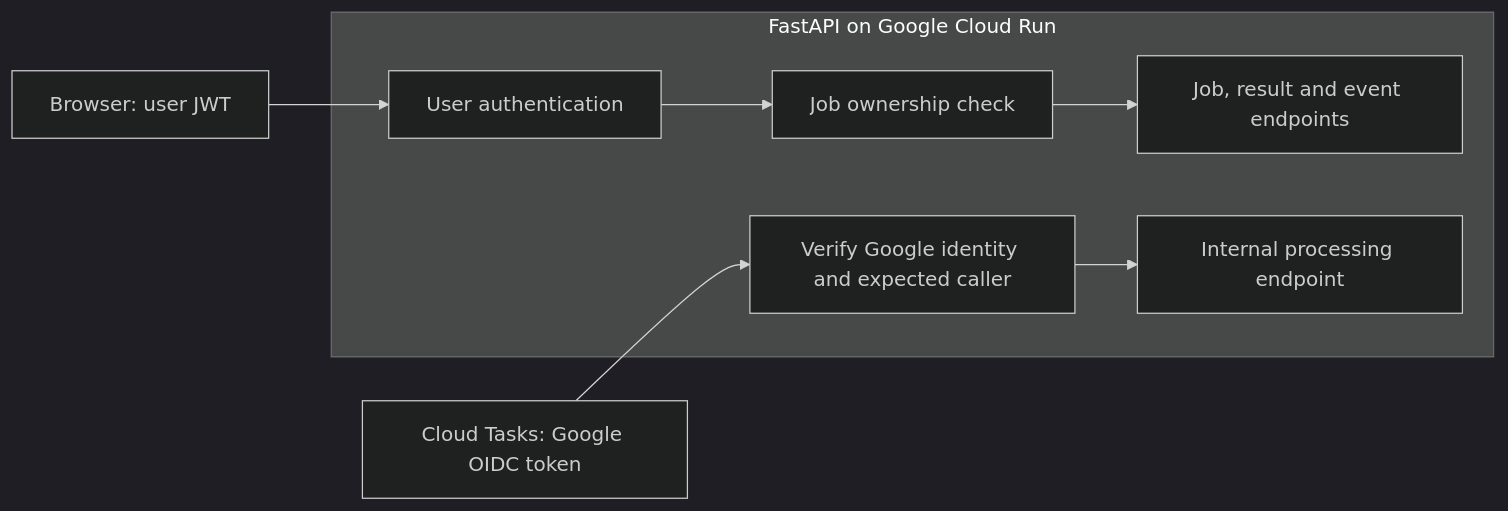
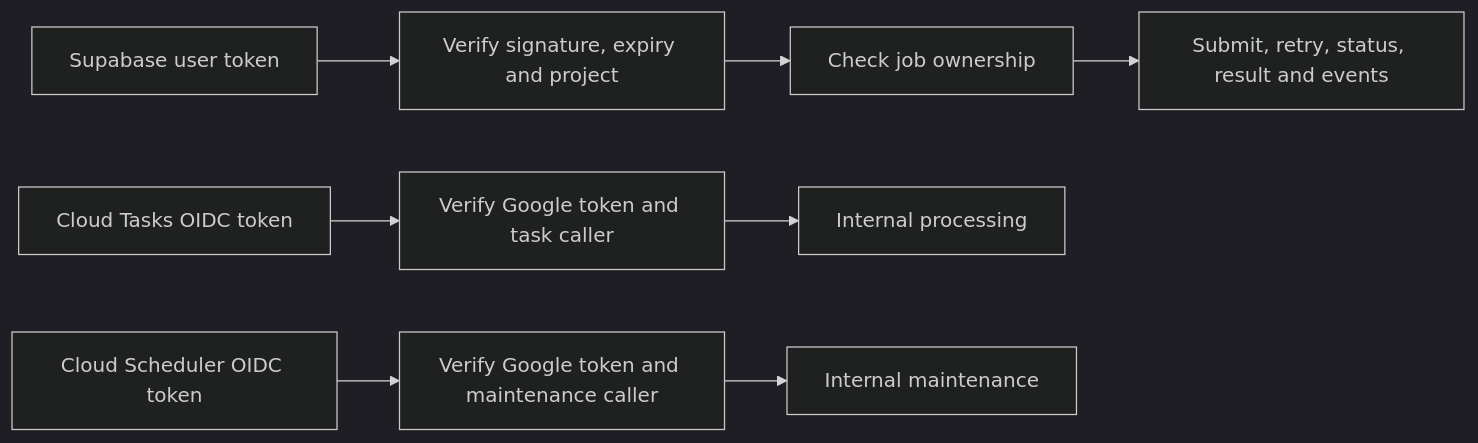
Before and after one commit to gabrr/agent-trx-classifier: the first of 2 diagrams in docs/trx-system-design/03-security-and-identity.md, drawn with Mermaid (dark theme). The commit also changed other lines of this file and 47 other files, not shown here.

First line of the commit message:
feat: integrate authenticated durable job processing

````diff
--- a/docs/trx-system-design/03-security-and-identity.md
+++ b/docs/trx-system-design/03-security-and-identity.md
@@ -9,15 +7,10 @@
 ```mermaid
 flowchart LR
-    U[Browser: user JWT] --> A[User authentication]
-    A --> O[Job ownership check]
-    O --> J[Job, result and event endpoints]
-    Q[Cloud Tasks: Google OIDC token] --> G[Verify Google identity and expected caller]
-    G --> H[Internal processing endpoint]
-    subgraph F[FastAPI on Google Cloud Run]
-        A
-        O
-        J
-        G
-        H
-    end
+    B[Supabase user token] --> U[Verify signature, expiry and project]
+    U --> O[Check job ownership]
+    O --> J[Submit, retry, status, result and events]
+    T[Cloud Tasks OIDC token] --> G[Verify Google token and task caller]
+    G --> P[Internal processing]
+    S[Cloud Scheduler OIDC token] --> V[Verify Google token and maintenance caller]
+    V --> R[Internal maintenance]
 ```
````
